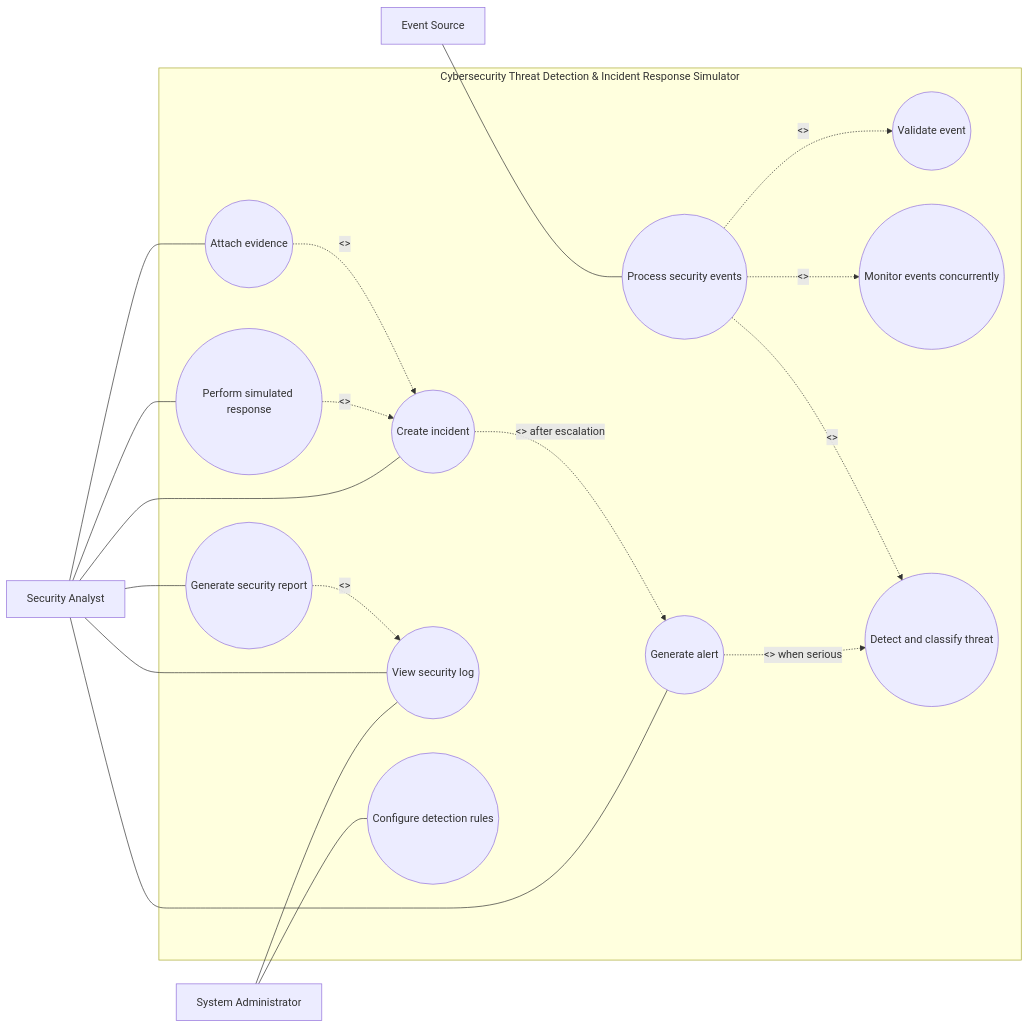
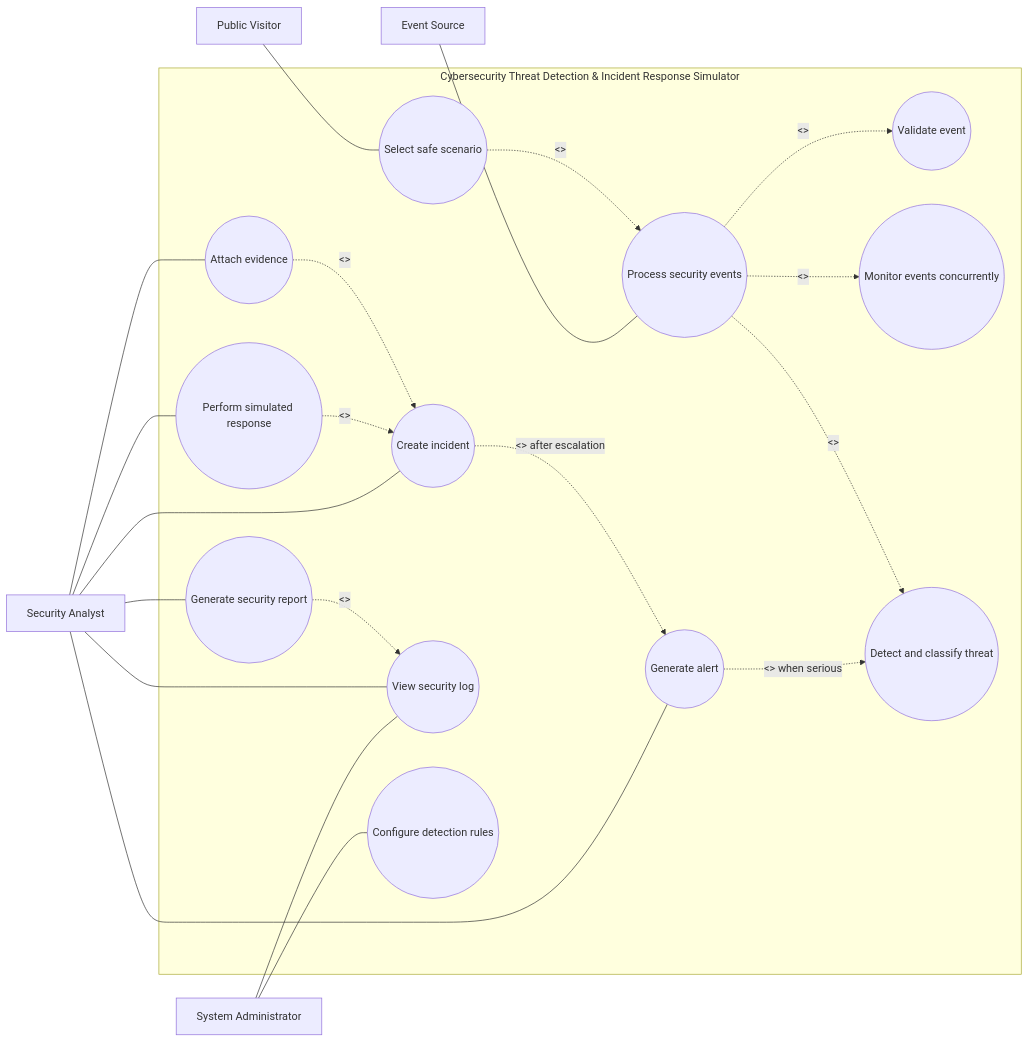
Before and after one commit to jaitak2121-spec/CybersecurityThreatdetector: the diagram in usercasediagram.mmd, drawn with Mermaid. The commit also changed 8 other files, not shown here.

```diff
--- a/usercasediagram.mmd
+++ b/usercasediagram.mmd
@@ -1,37 +1,41 @@
 flowchart LR
     ES["Event Source"]
+    VISITOR["Public Visitor"]
     SA["Security Analyst"]
     ADMIN["System Administrator"]
 
     subgraph SYSTEM["Cybersecurity Threat Detection & Incident Response Simulator"]
         VALIDATE(("Validate event"))
+        SELECT(("Select safe scenario"))
         PROCESS(("Process security events"))
         THREADS(("Monitor events concurrently"))
         DETECT(("Detect and classify threat"))
         ALERT(("Generate alert"))
         INCIDENT(("Create incident"))
         INVESTIGATE(("Attach evidence"))
         RESPOND(("Perform simulated response"))
         LOGS(("View security log"))
         REPORT(("Generate security report"))
         RULES(("Configure detection rules"))
 
         PROCESS -. "<<include>>" .-> VALIDATE
+        SELECT -. "<<include>>" .-> PROCESS
         PROCESS -. "<<include>>" .-> THREADS
         PROCESS -. "<<include>>" .-> DETECT
         ALERT -. "<<extend>> when serious" .-> DETECT
         INCIDENT -. "<<extend>> after escalation" .-> ALERT
         INVESTIGATE -. "<<include>>" .-> INCIDENT
         RESPOND -. "<<include>>" .-> INCIDENT
         REPORT -. "<<include>>" .-> LOGS
     end
 
     ES --- PROCESS
+    VISITOR --- SELECT
     SA --- ALERT
     SA --- INCIDENT
     SA --- INVESTIGATE
     SA --- RESPOND
     SA --- LOGS
     SA --- REPORT
     ADMIN --- RULES
     ADMIN --- LOGS
```
